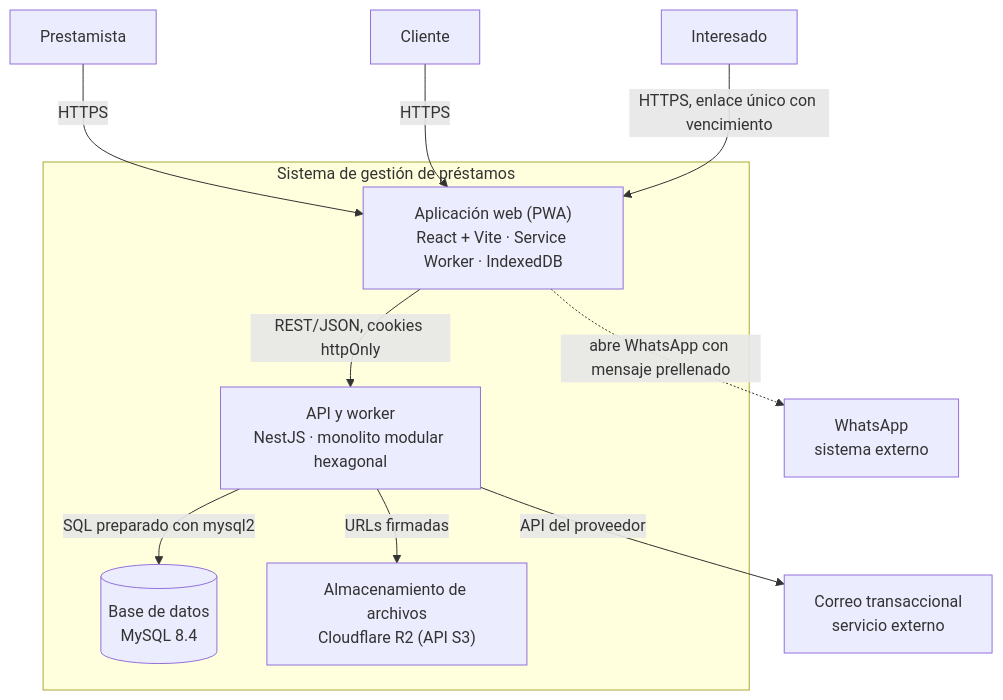
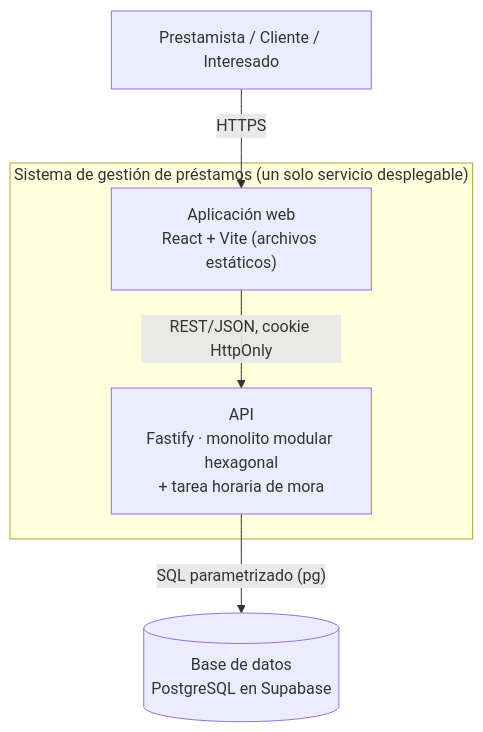
One commit to davidjoelrivas/CrediSmart changed the second of 3 diagrams in docs/architecture/arquitectura.md. Above: the diagram before and after it, drawn with Mermaid. The commit also changed other lines of this file and 19 other files, not shown here.

````diff
--- a/docs/architecture/arquitectura.md
+++ b/docs/architecture/arquitectura.md
@@ -47,26 +47,15 @@
 ```mermaid
 flowchart TB
-  prestamista["Prestamista"]
-  cliente["Cliente"]
-  interesado["Interesado"]
+  prestamista["Prestamista / Cliente / Interesado"]
 
-  subgraph sistema["Sistema de gestión de préstamos"]
-    web["Aplicación web (PWA)<br/>React + Vite · Service Worker · IndexedDB"]
-    api["API y worker<br/>NestJS · monolito modular hexagonal"]
-    db[("Base de datos<br/>MySQL 8.4")]
-    archivos["Almacenamiento de archivos<br/>Cloudflare R2 (API S3)"]
+  subgraph sistema["Sistema de gestión de préstamos (un solo servicio desplegable)"]
+    web["Aplicación web<br/>React + Vite (archivos estáticos)"]
+    api["API<br/>Fastify · monolito modular hexagonal<br/>+ tarea horaria de mora"]
   end
 
-  whatsapp["WhatsApp<br/>sistema externo"]
-  correo["Correo transaccional<br/>servicio externo"]
+  db[("Base de datos<br/>PostgreSQL en Supabase")]
 
   prestamista -->|"HTTPS"| web
-  cliente -->|"HTTPS"| web
-  interesado -->|"HTTPS, enlace único con vencimiento"| web
-
-  web -->|"REST/JSON, cookies httpOnly"| api
-  api -->|"SQL preparado con mysql2"| db
-  api -->|"URLs firmadas"| archivos
-  api -->|"API del proveedor"| correo
-  web -.->|"abre WhatsApp con mensaje prellenado"| whatsapp
+  web -->|"REST/JSON, cookie HttpOnly"| api
+  api -->|"SQL parametrizado (pg)"| db
 ```
````
